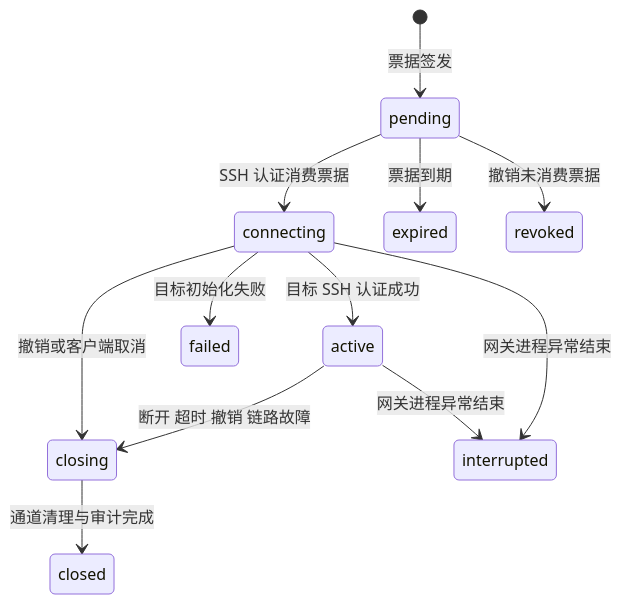
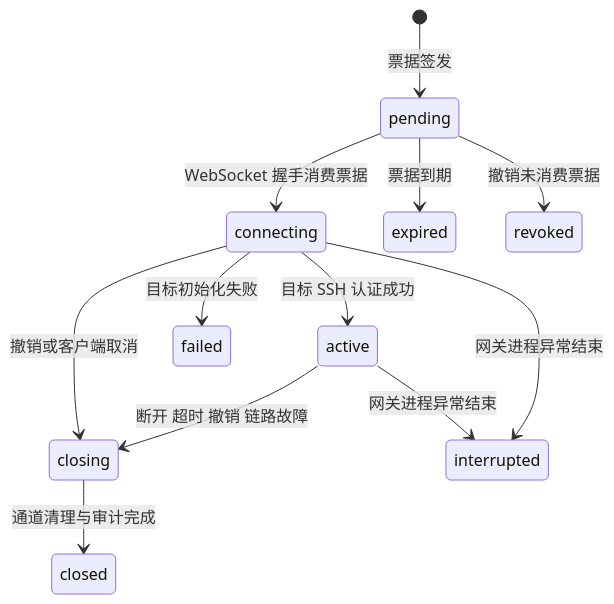
The fourth of 4 diagrams in design.md (NotPeppa/zeroterm-terminal), drawn with Mermaid before and after one commit. The commit also changed other lines of this file and 36 other files, not shown here.

````diff
--- a/design.md
+++ b/design.md
@@ -513,14 +586,14 @@
 ```mermaid
 stateDiagram-v2
     [*] --> pending: 票据签发
-    pending --> connecting: SSH 认证消费票据
+    pending --> connecting: WebSocket 握手消费票据
     pending --> expired: 票据到期
     pending --> revoked: 撤销未消费票据
     connecting --> active: 目标 SSH 认证成功
     connecting --> failed: 目标初始化失败
     connecting --> closing: 撤销或客户端取消
     active --> closing: 断开 超时 撤销 链路故障
     closing --> closed: 通道清理与审计完成
     active --> interrupted: 网关进程异常结束
     connecting --> interrupted: 网关进程异常结束
 ```
````
